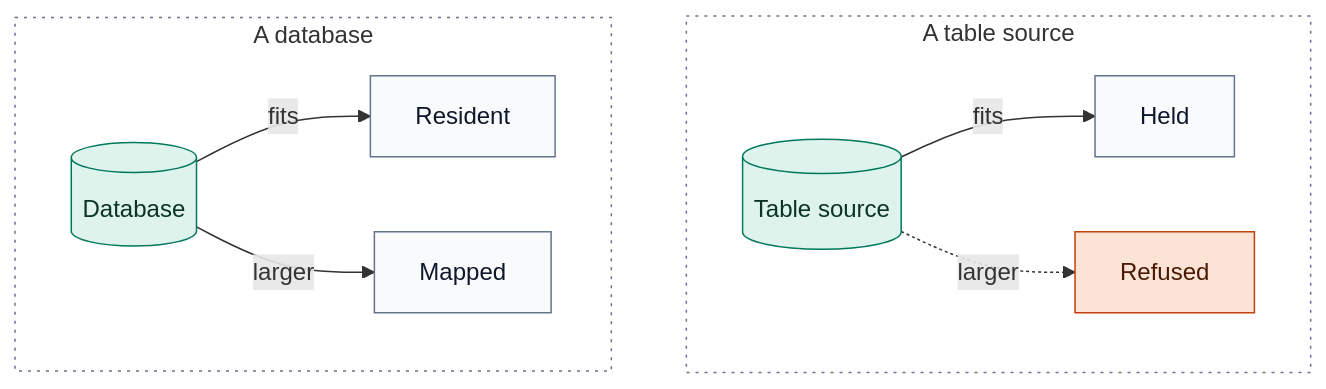
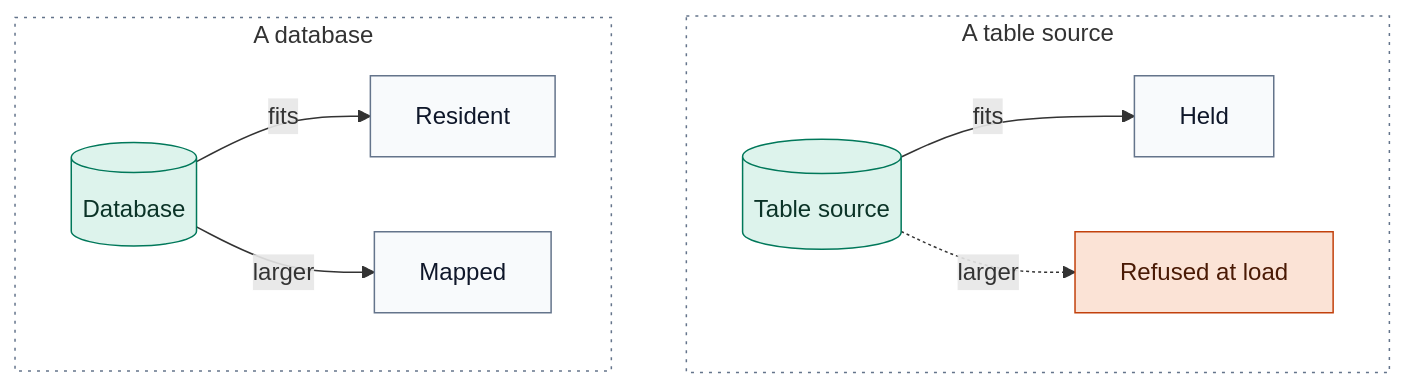
Before and after one commit to hyperi-io/factbook-rs: the third of 3 diagrams in docs/architecture.md, drawn with Mermaid. The commit also changed other lines of this file and 3 other files, not shown here.

````diff
--- a/docs/architecture.md
+++ b/docs/architecture.md
@@ -128,29 +126,29 @@
 ```mermaid
 flowchart LR
     accTitle: L4 Detail -- Database and table backing
     accDescr: A database that fits under the ceiling is read onto the heap and a larger one is mapped. A table source that fits is held in memory and a larger one is refused.
 
     subgraph database["A database"]
         direction LR
         dbfile[("Database")]
         dbfile -->|fits| resident["Resident"]
         dbfile -->|larger| mapped["Mapped"]
     end
 
     subgraph table["A table source"]
         direction LR
         tfile[("Table source")]
         tfile -->|fits| held["Held"]
-        tfile -.->|larger| refused["Refused"]
+        tfile -.->|larger| refused["Refused at load"]
     end
 
     database ~~~ table
 
     classDef default fill:#F8FAFC,stroke:#64748B,stroke-width:1px,color:#0F172A
     classDef store fill:#DDF3EC,stroke:#00785A,stroke-width:1px,color:#0B3327
     classDef error fill:#FBE3D6,stroke:#C2410C,stroke-width:1px,color:#4A1A05
     classDef group fill:none,stroke:#64748B,stroke-width:1px,stroke-dasharray:2 4
     class dbfile,tfile store
     class refused error
     class database,table group
 ```
````
